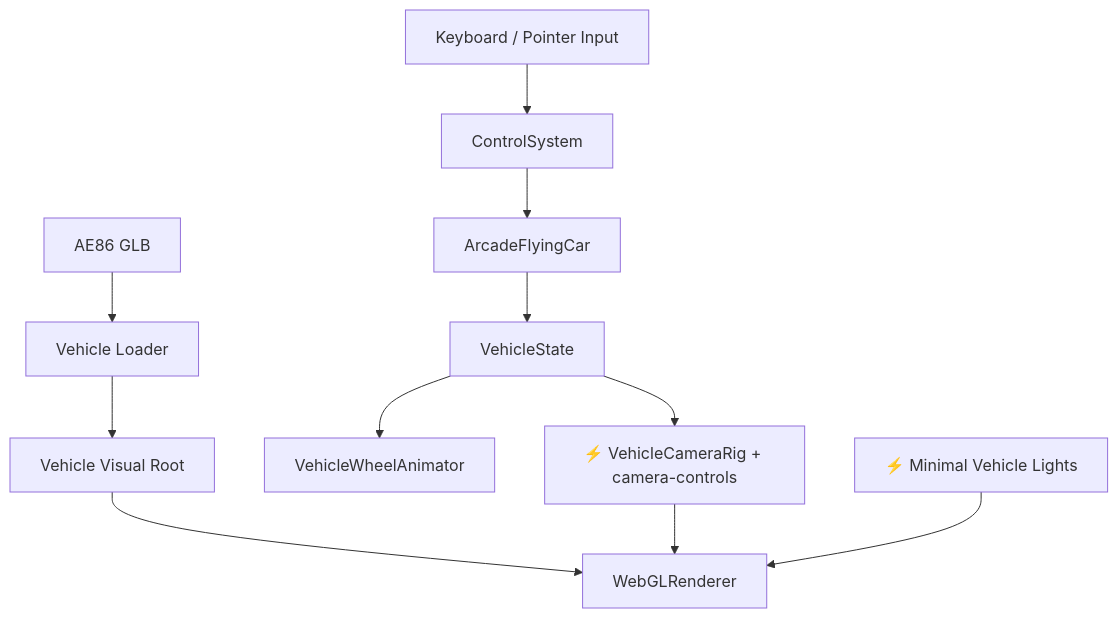
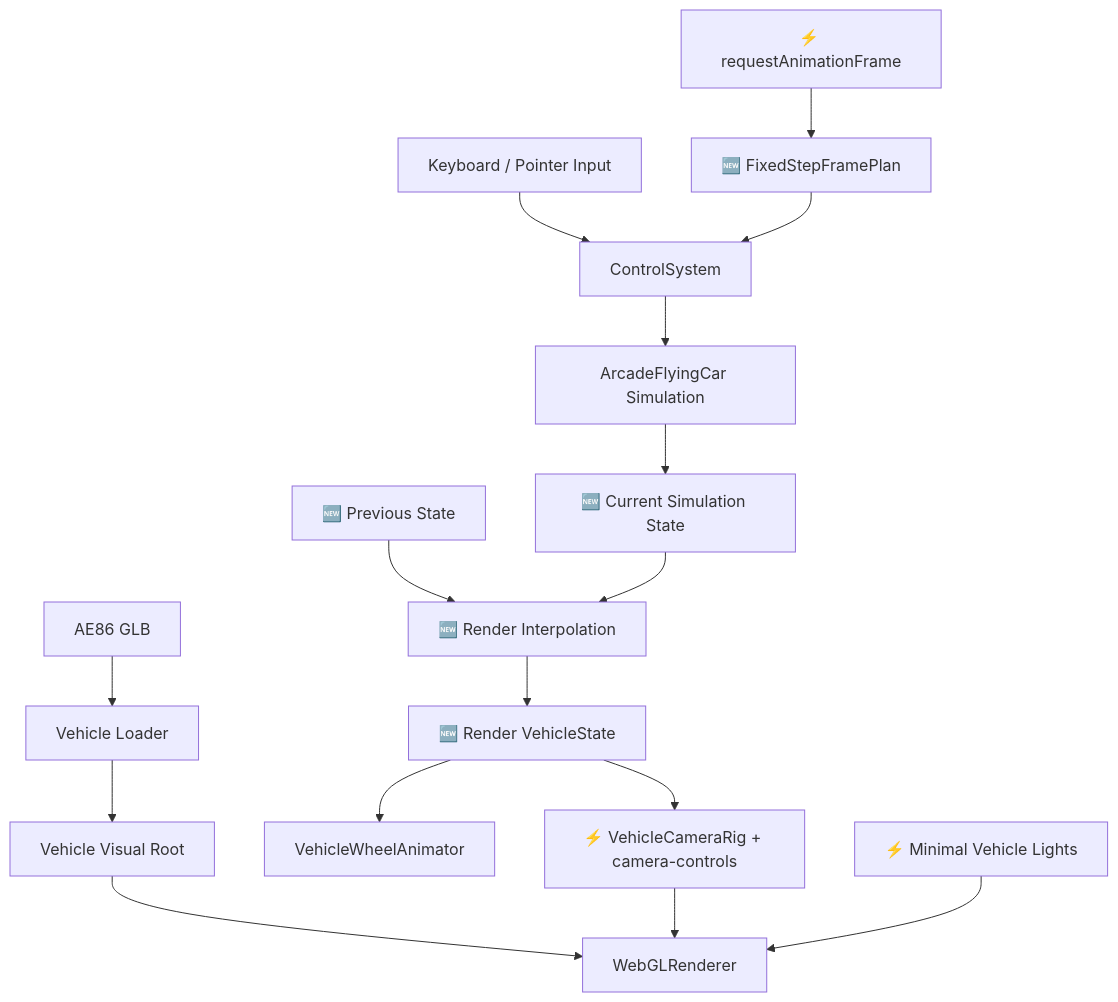
One commit to 64n-goxutech/shader-roam changed the first of 2 diagrams in docs/architecture/core-drive/README.md. Above: the diagram before and after it, drawn with Mermaid. The commit also changed other lines of this file and 13 other files, not shown here.

````diff
--- a/docs/architecture/core-drive/README.md
+++ b/docs/architecture/core-drive/README.md
@@ -5,14 +5,19 @@
 ```mermaid
 graph TB
     %% 🆕 新增  ⚡ 修改
     Input[Keyboard / Pointer Input] --> Controls[ControlSystem]
-    Controls --> Car[ArcadeFlyingCar]
-    Car --> State[VehicleState]
+    RAF[⚡ requestAnimationFrame] --> Plan[🆕 FixedStepFramePlan]
+    Plan --> Controls
+    Controls --> Car[ArcadeFlyingCar Simulation]
+    Car --> Current[🆕 Current Simulation State]
+    Previous[🆕 Previous State] --> Interpolate[🆕 Render Interpolation]
+    Current --> Interpolate
+    Interpolate --> State[🆕 Render VehicleState]
     Asset[AE86 GLB] --> Loader[Vehicle Loader]
     Loader --> Visual[Vehicle Visual Root]
     State --> Wheels[VehicleWheelAnimator]
     State --> Camera[⚡ VehicleCameraRig + camera-controls]
     Visual --> Renderer[WebGLRenderer]
     Camera --> Renderer
     Lights[⚡ Minimal Vehicle Lights] --> Renderer
 ```
````
